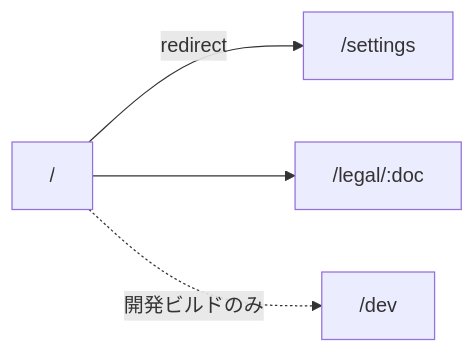
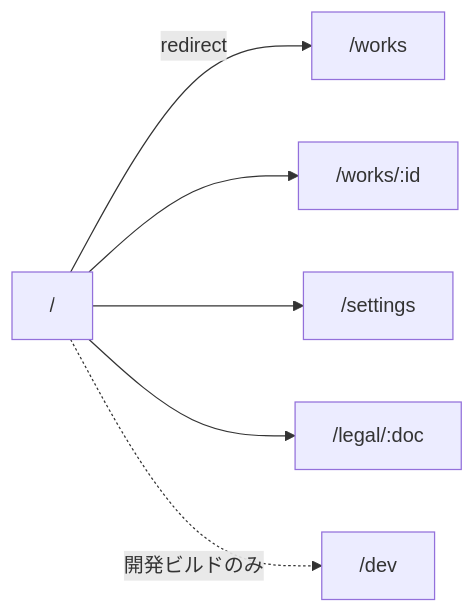
One commit to rmatsuo-jp/media-log changed the fourth of 4 diagrams in ARCHITECTURE.md. Above: the diagram before and after it, drawn with Mermaid. The commit also changed other lines of this file and 35 other files, not shown here.

First line of the commit message:
feat(works): add manga/anime viewing-history tracking (Work/Group/Unit)

````diff
--- a/ARCHITECTURE.md
+++ b/ARCHITECTURE.md
@@ -77,6 +146,8 @@
 ```mermaid
 graph LR
-    Root["/"] -->|redirect| Settings["/settings"]
+    Root["/"] -->|redirect| WorkList["/works"]
+    Root --> WorkDetail["/works/:id"]
+    Root --> Settings["/settings"]
     Root --> Legal["/legal/:doc"]
     Root -.->|開発ビルドのみ| Dev["/dev"]
 ```
````
